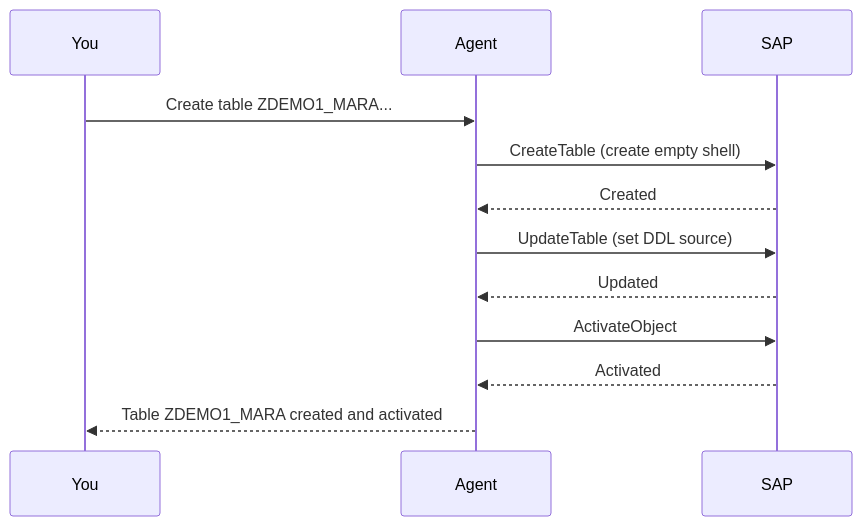
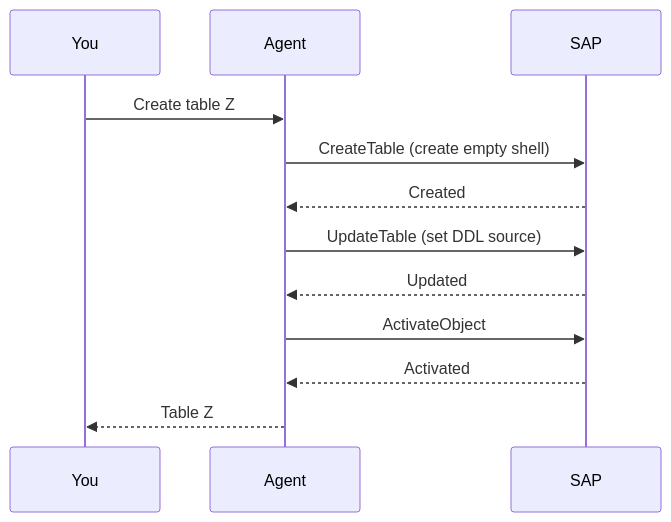
The fifth of 10 diagrams in docs/tutorials/rap-bo-creation.md (fr0ster/cloud-llm-hub), drawn with Mermaid before and after one commit. The commit also changed other lines of this file, not shown here.

````diff
--- a/docs/tutorials/rap-bo-creation.md
+++ b/docs/tutorials/rap-bo-creation.md
@@ -224,15 +224,15 @@
 ```mermaid
 sequenceDiagram
     participant You
     participant Agent
     participant SAP
 
-    You->>Agent: Create table ZDEMO1_MARA...
+    You->>Agent: Create table Z##_MARA...
     Agent->>SAP: CreateTable (create empty shell)
     SAP-->>Agent: Created
     Agent->>SAP: UpdateTable (set DDL source)
     SAP-->>Agent: Updated
     Agent->>SAP: ActivateObject
     SAP-->>Agent: Activated
-    Agent-->>You: Table ZDEMO1_MARA created and activated
+    Agent-->>You: Table Z##_MARA created and activated
 ```
````
